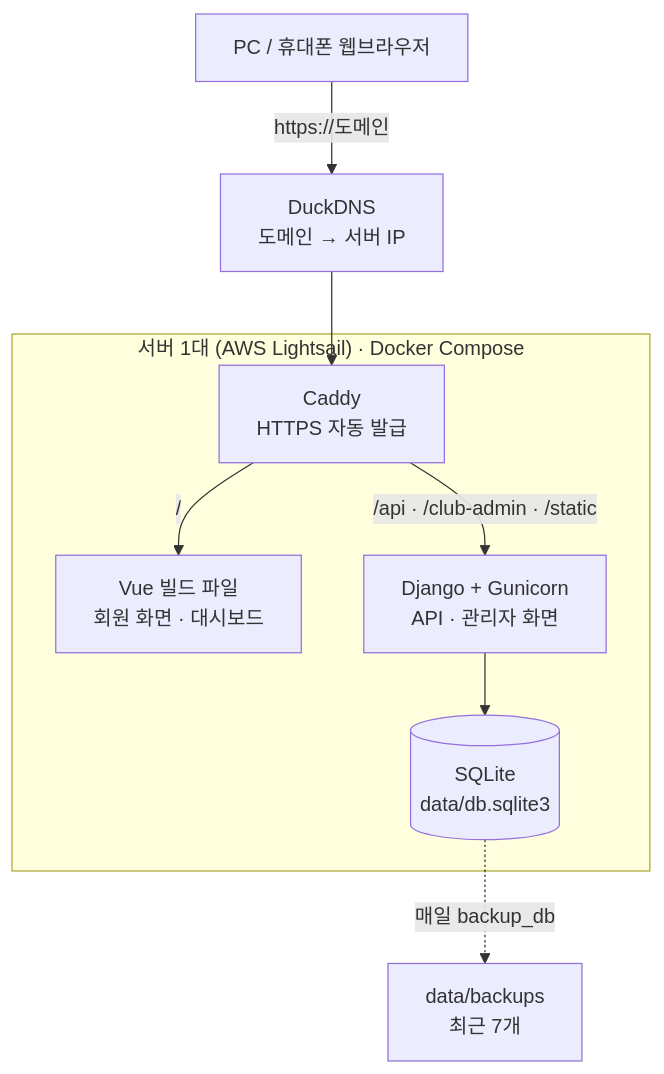
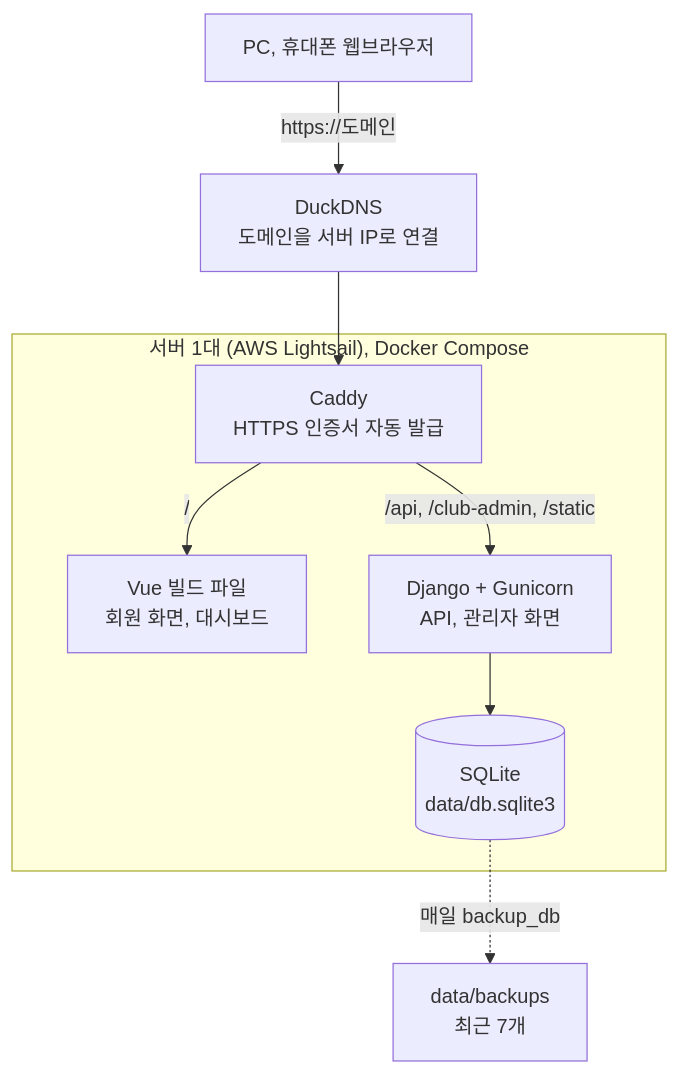
Before and after one commit to keepmind7/AI_Club_Web: the first of 4 diagrams in README.md, drawn with Mermaid. The commit also changed other lines of this file and 22 other files, not shown here.

````diff
--- a/README.md
+++ b/README.md
@@ -36,12 +291,12 @@
 ```mermaid
 flowchart TD
-    U["PC / 휴대폰 웹브라우저"] -->|"https://도메인"| DNS["DuckDNS<br/>도메인 → 서버 IP"]
+    U["PC, 휴대폰 웹브라우저"] -->|"https://도메인"| DNS["DuckDNS<br/>도메인을 서버 IP로 연결"]
     DNS --> C
-    subgraph S["서버 1대 (AWS Lightsail) · Docker Compose"]
-        C["Caddy<br/>HTTPS 자동 발급"]
-        C -->|"/"| V["Vue 빌드 파일<br/>회원 화면 · 대시보드"]
-        C -->|"/api · /club-admin · /static"| D["Django + Gunicorn<br/>API · 관리자 화면"]
+    subgraph S["서버 1대 (AWS Lightsail), Docker Compose"]
+        C["Caddy<br/>HTTPS 인증서 자동 발급"]
+        C -->|"/"| V["Vue 빌드 파일<br/>회원 화면, 대시보드"]
+        C -->|"/api, /club-admin, /static"| D["Django + Gunicorn<br/>API, 관리자 화면"]
         D --> DB[("SQLite<br/>data/db.sqlite3")]
     end
     DB -.->|"매일 backup_db"| B["data/backups<br/>최근 7개"]
 ```
````
